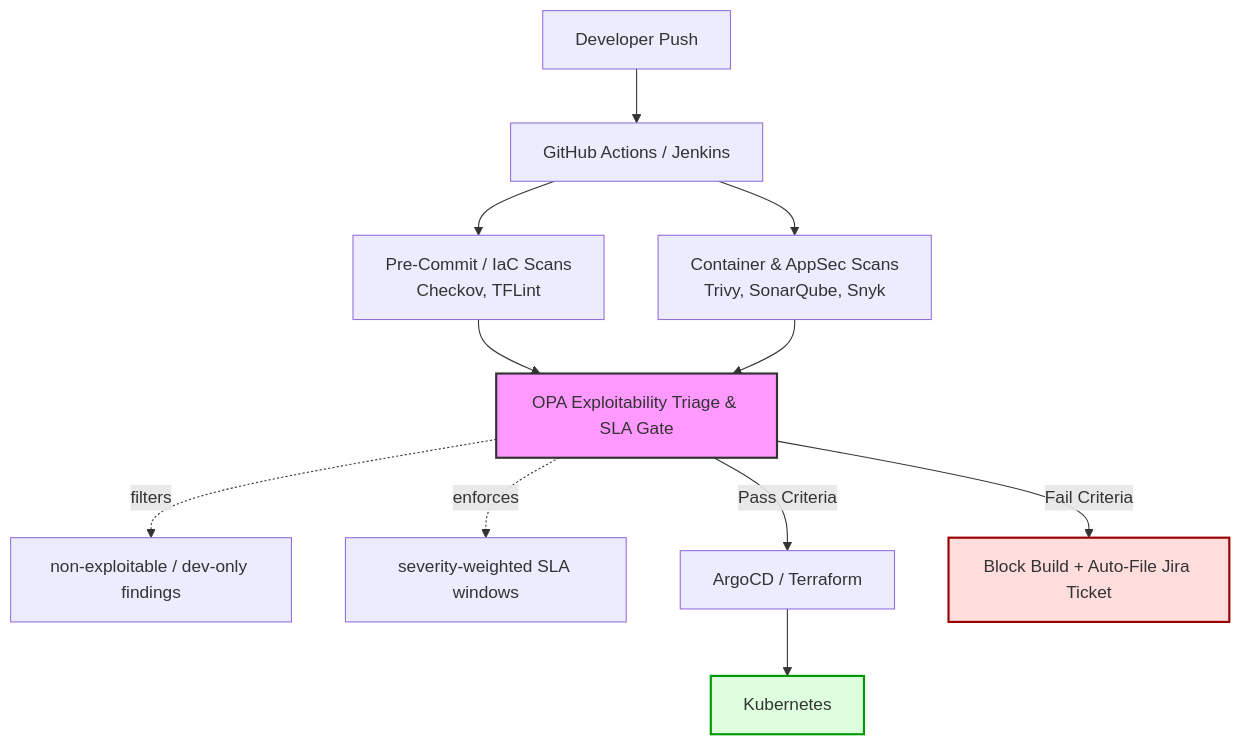
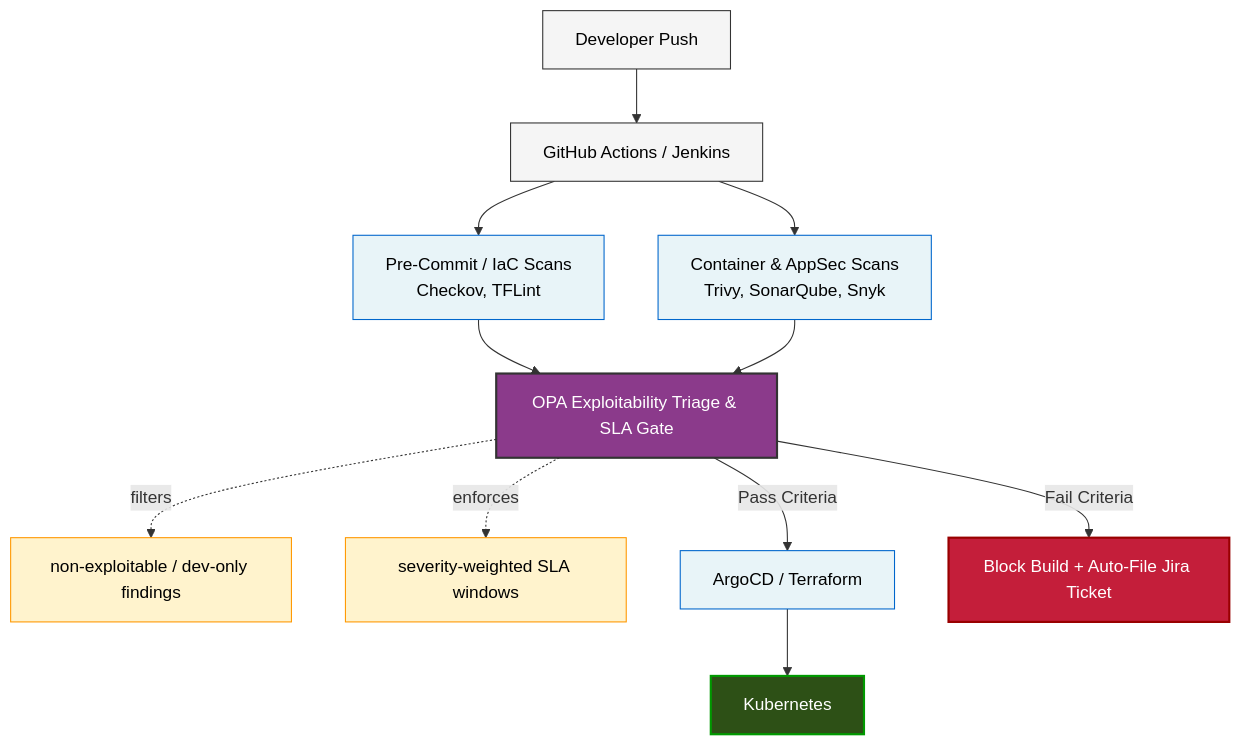
Before and after one commit to JoshuaOmosa/Devsecops-gate: the first of 5 diagrams in README.md, drawn with Mermaid. The commit also changed other lines of this file, not shown here.

````diff
--- a/README.md
+++ b/README.md
@@ -17,22 +17,29 @@
 ```mermaid
 flowchart TD
     A[Developer Push] --> B[GitHub Actions / Jenkins]
 
     B --> C[Pre-Commit / IaC Scans<br/>Checkov, TFLint]
     B --> D[Container & AppSec Scans<br/>Trivy, SonarQube, Snyk]
 
     C --> E[OPA Exploitability Triage & SLA Gate]
     D --> E
 
     E -.->|filters| E1[non-exploitable / dev-only findings]
     E -.->|enforces| E2[severity-weighted SLA windows]
 
     E -->|Pass Criteria| F[ArgoCD / Terraform]
     F --> G[Kubernetes]
 
     E -->|Fail Criteria| H[Block Build + Auto-File Jira Ticket]
 
-    style E fill:#f9f,stroke:#333,stroke-width:2px
-    style H fill:#fdd,stroke:#900,stroke-width:2px
-    style G fill:#dfd,stroke:#090,stroke-width:2px
+    style E fill:#8b3a8b,color:#fff,stroke:#333,stroke-width:2px
+    style H fill:#c41e3a,color:#fff,stroke:#900,stroke-width:2px
+    style G fill:#2d5016,color:#fff,stroke:#090,stroke-width:2px
+    style A fill:#f5f5f5,color:#000,stroke:#333
+    style B fill:#f5f5f5,color:#000,stroke:#333
+    style C fill:#e8f4f8,color:#000,stroke:#0066cc
+    style D fill:#e8f4f8,color:#000,stroke:#0066cc
+    style F fill:#e8f4f8,color:#000,stroke:#0066cc
+    style E1 fill:#fff3cd,color:#000,stroke:#ff9800
+    style E2 fill:#fff3cd,color:#000,stroke:#ff9800
 ```
````
